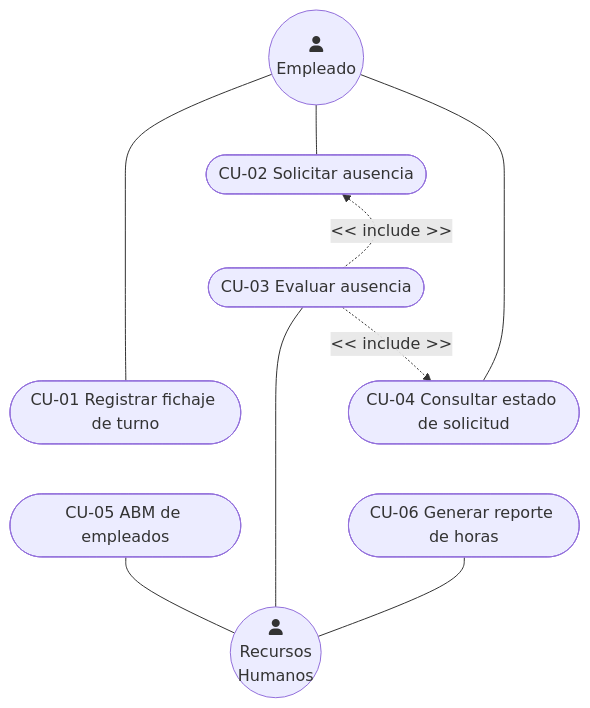
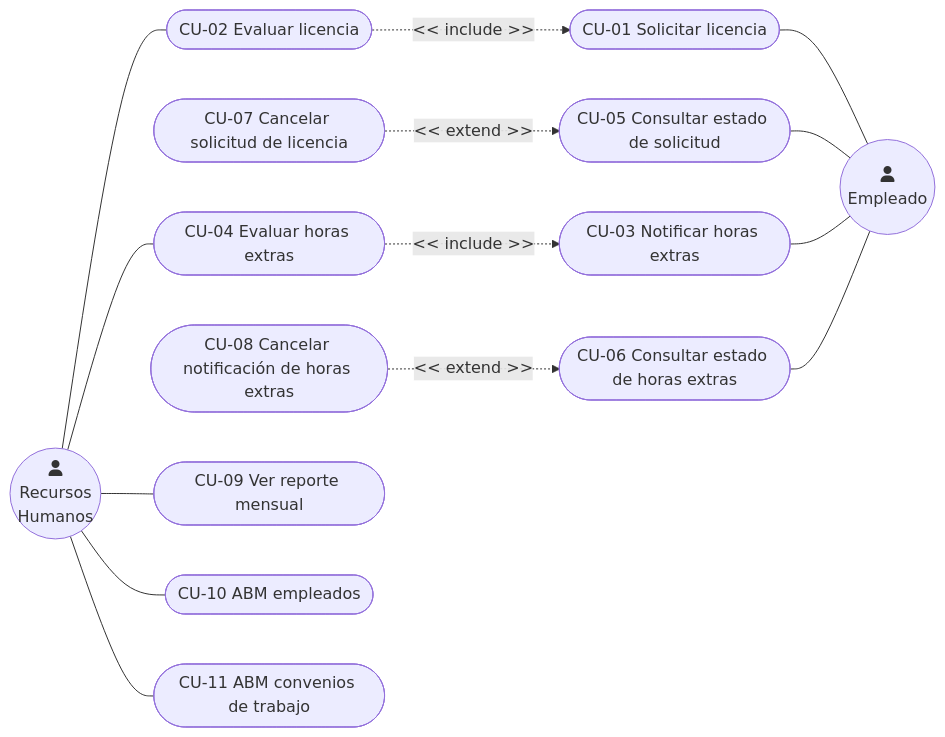
One commit to martinstanicio/humanresourcesdelta changed the diagram in docs/diagrams/use-cases.mmd. Above: the diagram before and after it, drawn with Mermaid. The commit also changed 31 other files, not shown here.

Commit message:
actualizar documentación y diagramas con todas las correcciones del proyecto

```diff
--- a/docs/diagrams/use-cases.mmd
+++ b/docs/diagrams/use-cases.mmd
@@ -1,26 +1,31 @@
-flowchart TB
+flowchart LR
     Empleado(("fa:fa-user\nEmpleado "))
     RRHH(("fa:fa-user\nRecursos \nHumanos "))
 
-    CU01(["CU-01 Registrar fichaje de turno"])
-    CU02(["CU-02 Solicitar ausencia"])
-    CU04(["CU-04 Consultar estado de solicitud"])
-      
-    CU05(["CU-05 ABM de empleados"])
-    CU03(["CU-03 Evaluar ausencia"])
-    CU06(["CU-06 Generar reporte de horas"])
-    
-    Empleado --- CU01
-    Empleado --- CU02
-    Empleado --- CU04
+    CU-01(["CU-01 Solicitar licencia"])
+    CU-02(["CU-02 Evaluar licencia"])
+    CU-03(["CU-03 Notificar horas extras"])
+    CU-04(["CU-04 Evaluar horas extras"])
+    CU-05(["CU-05 Consultar estado de solicitud"])
+    CU-06(["CU-06 Consultar estado de horas extras"])
+    CU-07(["CU-07 Cancelar solicitud de licencia"])
+    CU-08(["CU-08 Cancelar notificación de horas extras"])
+    CU-09(["CU-09 Ver reporte mensual"])
+    CU-10(["CU-10 ABM empleados"])
+    CU-11(["CU-11 ABM convenios de trabajo"])
 
-    CU01 ~~~ CU05
-    CU02 ~~~ CU03
-    CU04 ~~~ CU06
+    CU-01 --- Empleado
+    CU-05 --- Empleado
+    CU-03 --- Empleado
+    CU-06 --- Empleado
 
-    CU05 --- RRHH
-    CU03 --- RRHH
-    CU06 --- RRHH
+    RRHH --- CU-02
+    RRHH --- CU-04
+    RRHH --- CU-09
+    RRHH --- CU-10
+    RRHH --- CU-11
 
-    CU03 -. "<< include >>" .-> CU02
-    CU03 -. "<< include >>" .-> CU04
+    CU-02 -. "<< include >>" .-> CU-01
+    CU-04 -. "<< include >>" .-> CU-03
+    CU-07 -. "<< extend >>" .-> CU-05
+    CU-08 -. "<< extend >>" .-> CU-06
```
